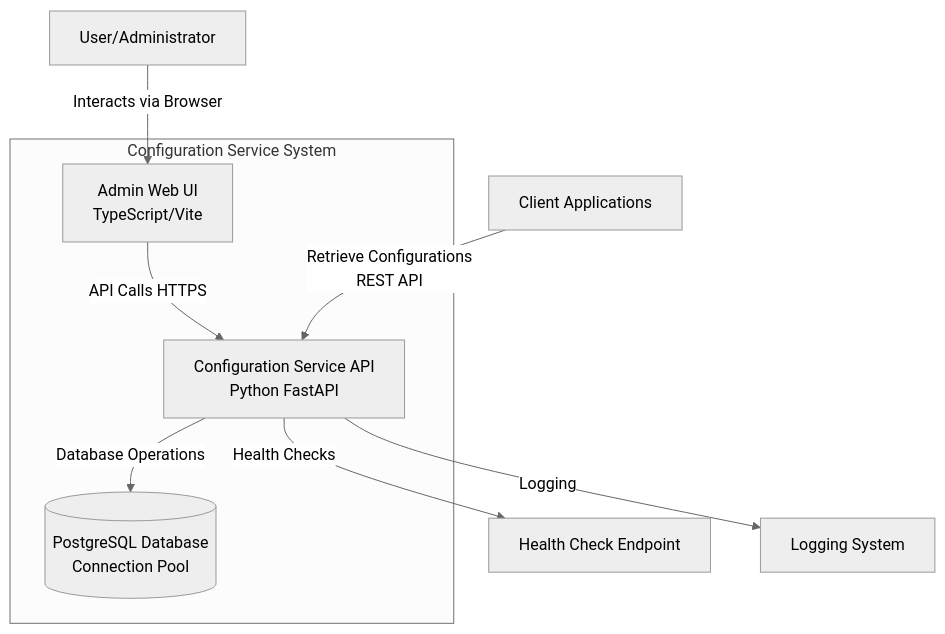
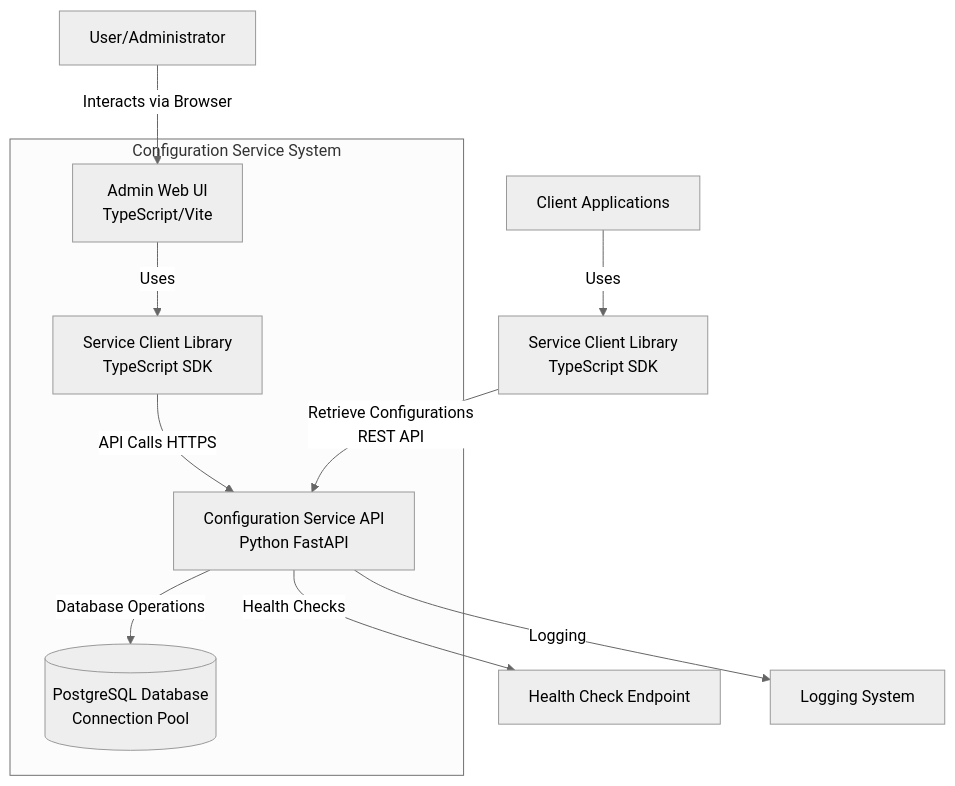
Before and after one commit to richardkdrew/assisted-ai-practice: the second of 3 diagrams in module2/memory/ARCHITECTURE.md, drawn with Mermaid (neutral theme). The commit also changed other lines of this file and 6 other files, not shown here.

````diff
--- a/module2/memory/ARCHITECTURE.md
+++ b/module2/memory/ARCHITECTURE.md
@@ -20,17 +20,20 @@
 ```mermaid
 graph TD
     User[User/Administrator] -->|Interacts via Browser| AdminUI[Admin Web UI<br/>TypeScript/Vite]
-    AdminUI -->|API Calls HTTPS| ConfigAPI[Configuration Service API<br/>Python FastAPI]
+    AdminUI -->|Uses| ServiceClient[Service Client Library<br/>TypeScript SDK]
+    ServiceClient -->|API Calls HTTPS| ConfigAPI[Configuration Service API<br/>Python FastAPI]
     ConfigAPI -->|Database Operations| Database[(PostgreSQL Database<br/>Connection Pool)]
     
     subgraph "Configuration Service System"
         AdminUI
+        ServiceClient
         ConfigAPI
         Database
     end
     
-    ClientApps[Client Applications] -->|Retrieve Configurations<br/>REST API| ConfigAPI
+    ClientApps[Client Applications] -->|Uses| ServiceClient2[Service Client Library<br/>TypeScript SDK]
+    ServiceClient2 -->|Retrieve Configurations<br/>REST API| ConfigAPI
     
     ConfigAPI -->|Health Checks| HealthEndpoint[Health Check Endpoint]
     ConfigAPI -->|Logging| LogSystem[Logging System]
 ```
````
